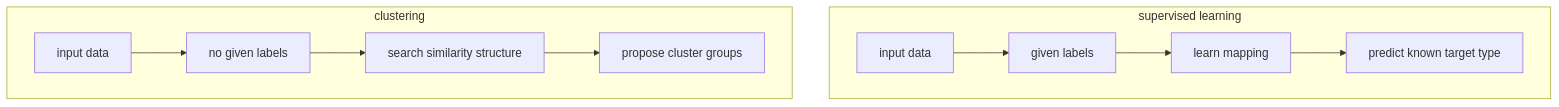
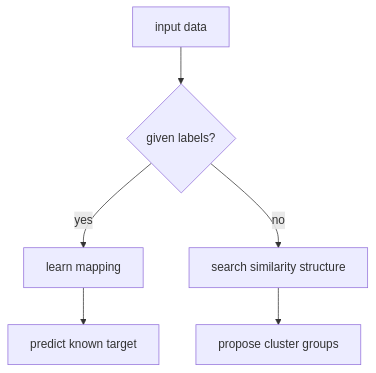
The first of 6 diagrams in docs/parts/part-04/chapter-17/section-01.md (devchan64/AiBook), drawn with Mermaid before and after one commit. The commit also changed other lines of this file and 102 other files, not shown here.

````diff
--- a/docs/parts/part-04/chapter-17/section-01.md
+++ b/docs/parts/part-04/chapter-17/section-01.md
@@ -108,18 +108,13 @@
 ```mermaid
-flowchart TB
-  subgraph S["supervised learning"]
-    S1["input data"]
-    S2["given labels"]
-    S3["learn mapping"]
-    S4["predict known target type"]
-    S1 --> S2 --> S3 --> S4
-  end
+flowchart TD
+  A["input data"]
+  B{"given labels?"}
+  C["learn mapping"]
+  D["predict known target"]
+  E["search similarity structure"]
+  F["propose cluster groups"]
 
-  subgraph C["clustering"]
-    C1["input data"]
-    C2["no given labels"]
-    C3["search similarity structure"]
-    C4["propose cluster groups"]
-    C1 --> C2 --> C3 --> C4
-  end
+  A --> B
+  B -->|yes| C --> D
+  B -->|no| E --> F
 ```
````
